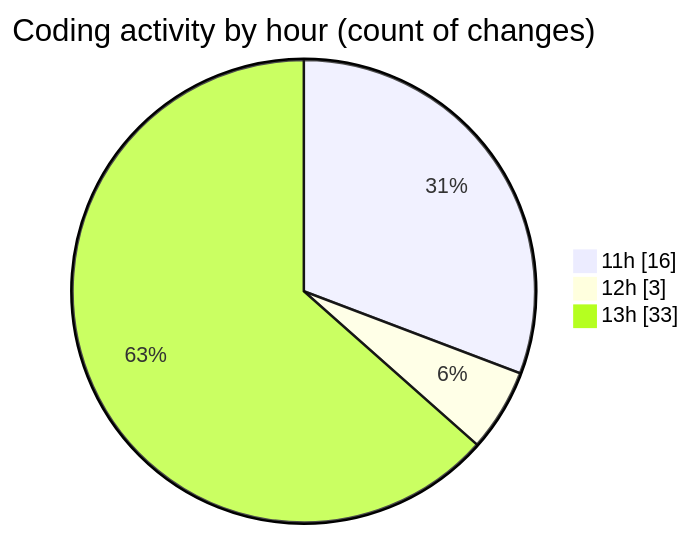
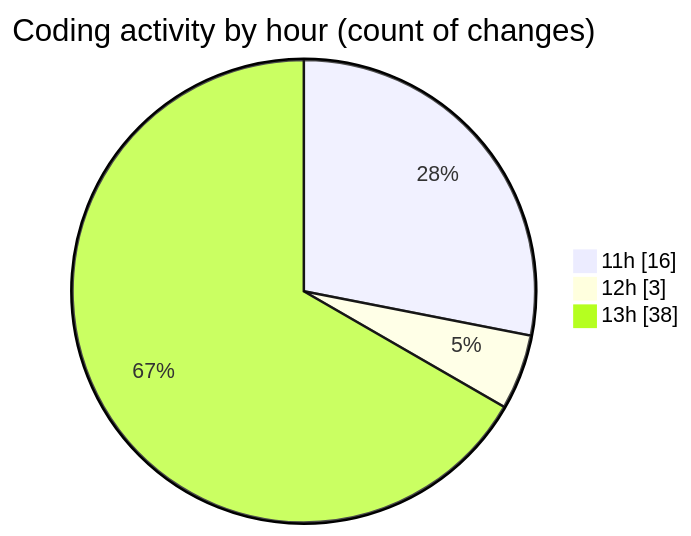
Before and after one commit to nxtqubesakshisongat/code-tracking: the second of 2 diagrams in 2025-07-08/argos/README.md, drawn with Mermaid. The commit also changed other lines of this file and 1 other file, not shown here.

````diff
--- a/2025-07-08/argos/README.md
+++ b/2025-07-08/argos/README.md
@@ -32,7 +32,7 @@
 ```mermaid
 pie showData
 title Coding activity by hour (count of changes)
 "11h" : 16
 "12h" : 3
-"13h" : 33
+"13h" : 38
 ```
````
